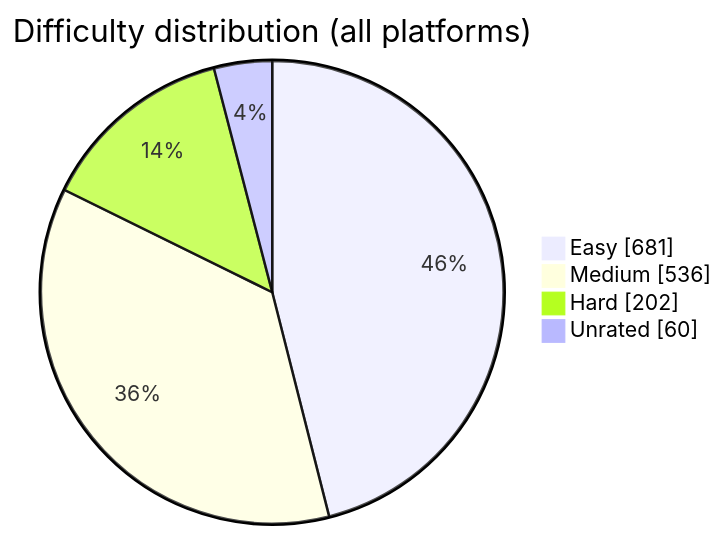
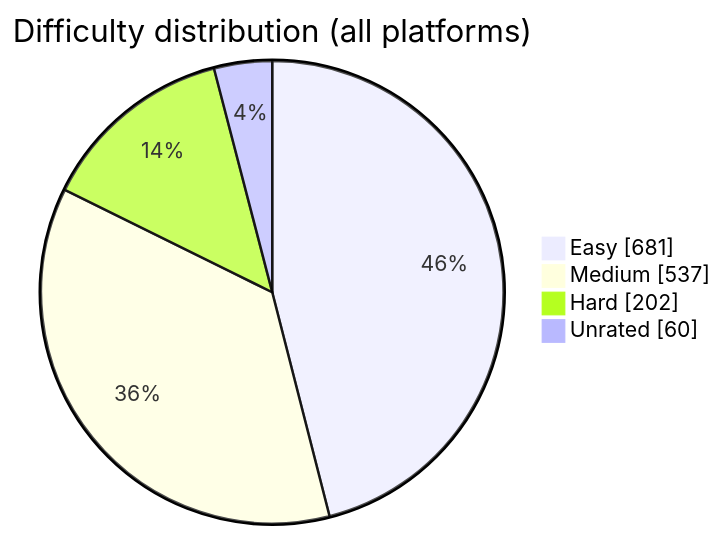
The diagram in README.md (BuildbyArindam/Daily-Coding-Log), drawn with Mermaid before and after one commit. The commit also changed other lines of this file, not shown here.

````diff
--- a/README.md
+++ b/README.md
@@ -93,7 +93,7 @@
 ```mermaid
 pie showData title Difficulty distribution (all platforms)
     "Easy" : 681
-    "Medium" : 536
+    "Medium" : 537
     "Hard" : 202
     "Unrated" : 60
 ```
````
